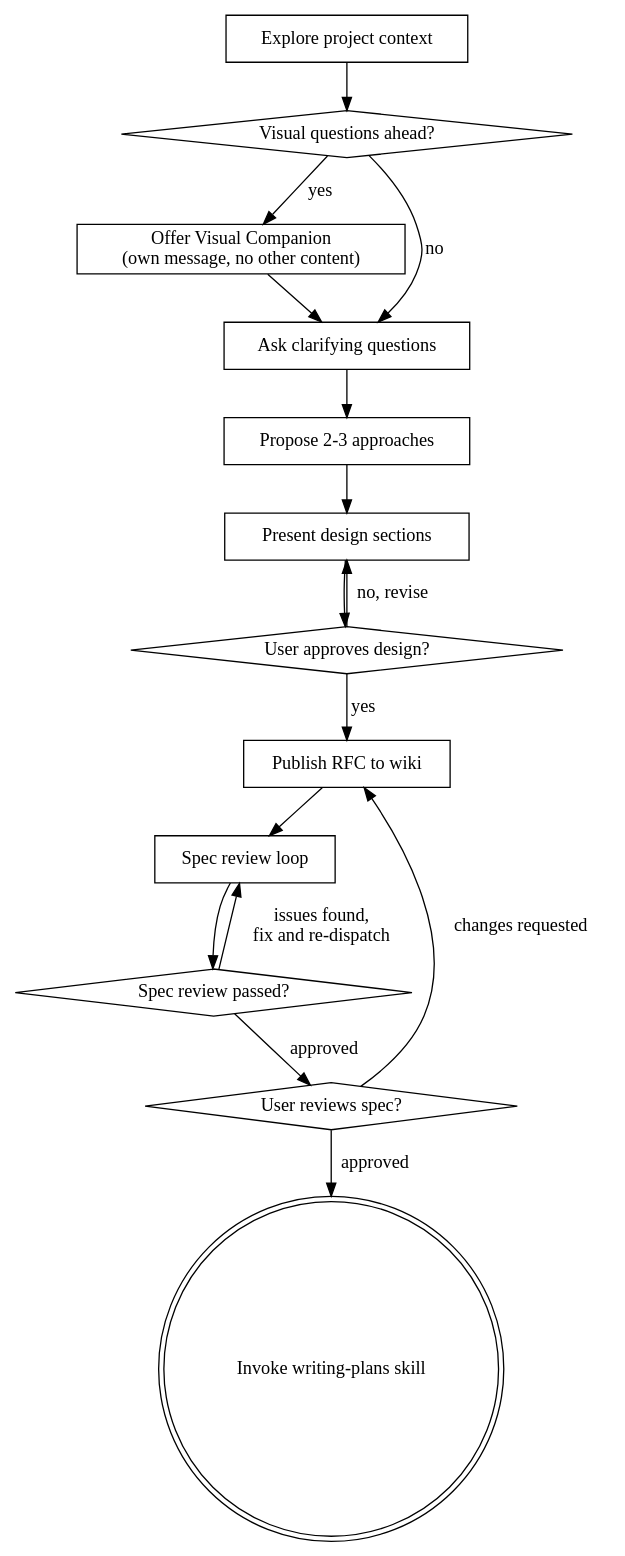
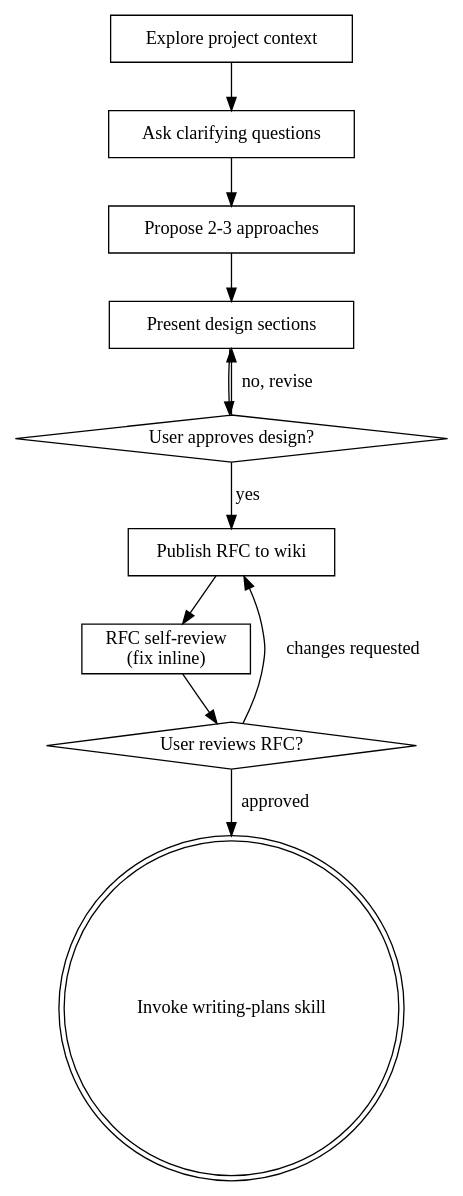
Before and after one commit to primatrix/skills: the diagram in plugins/superpowers/skills/brainstorming/SKILL.md, drawn with Graphviz. The commit also changed other lines of this file and 52 other files, not shown here.

````diff
--- a/plugins/superpowers/skills/brainstorming/SKILL.md
+++ b/plugins/superpowers/skills/brainstorming/SKILL.md
@@ -36,32 +36,24 @@
 ```dot
 digraph brainstorming {
     "Explore project context" [shape=box];
-    "Visual questions ahead?" [shape=diamond];
-    "Offer Visual Companion\n(own message, no other content)" [shape=box];
     "Ask clarifying questions" [shape=box];
     "Propose 2-3 approaches" [shape=box];
     "Present design sections" [shape=box];
     "User approves design?" [shape=diamond];
     "Publish RFC to wiki" [shape=box];
-    "Spec review loop" [shape=box];
-    "Spec review passed?" [shape=diamond];
-    "User reviews spec?" [shape=diamond];
+    "RFC self-review\n(fix inline)" [shape=box];
+    "User reviews RFC?" [shape=diamond];
     "Invoke writing-plans skill" [shape=doublecircle];
 
-    "Explore project context" -> "Visual questions ahead?";
-    "Visual questions ahead?" -> "Offer Visual Companion\n(own message, no other content)" [label="yes"];
-    "Visual questions ahead?" -> "Ask clarifying questions" [label="no"];
-    "Offer Visual Companion\n(own message, no other content)" -> "Ask clarifying questions";
+    "Explore project context" -> "Ask clarifying questions";
     "Ask clarifying questions" -> "Propose 2-3 approaches";
     "Propose 2-3 approaches" -> "Present design sections";
     "Present design sections" -> "User approves design?";
     "User approves design?" -> "Present design sections" [label="no, revise"];
     "User approves design?" -> "Publish RFC to wiki" [label="yes"];
-    "Publish RFC to wiki" -> "Spec review loop";
-    "Spec review loop" -> "Spec review passed?";
-    "Spec review passed?" -> "Spec review loop" [label="issues found,\nfix and re-dispatch"];
-    "Spec review passed?" -> "User reviews spec?" [label="approved"];
-    "User reviews spec?" -> "Publish RFC to wiki" [label="changes requested"];
-    "User reviews spec?" -> "Invoke writing-plans skill" [label="approved"];
+    "Publish RFC to wiki" -> "RFC self-review\n(fix inline)";
+    "RFC self-review\n(fix inline)" -> "User reviews RFC?";
+    "User reviews RFC?" -> "Publish RFC to wiki" [label="changes requested"];
+    "User reviews RFC?" -> "Invoke writing-plans skill" [label="approved"];
 }
 ```
````
